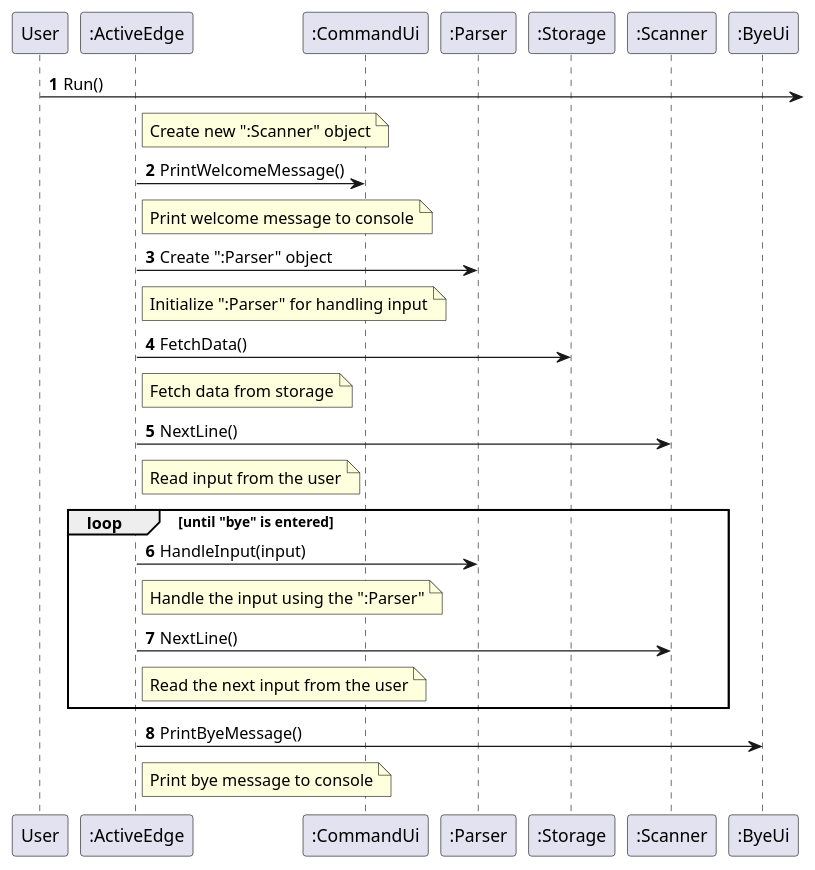
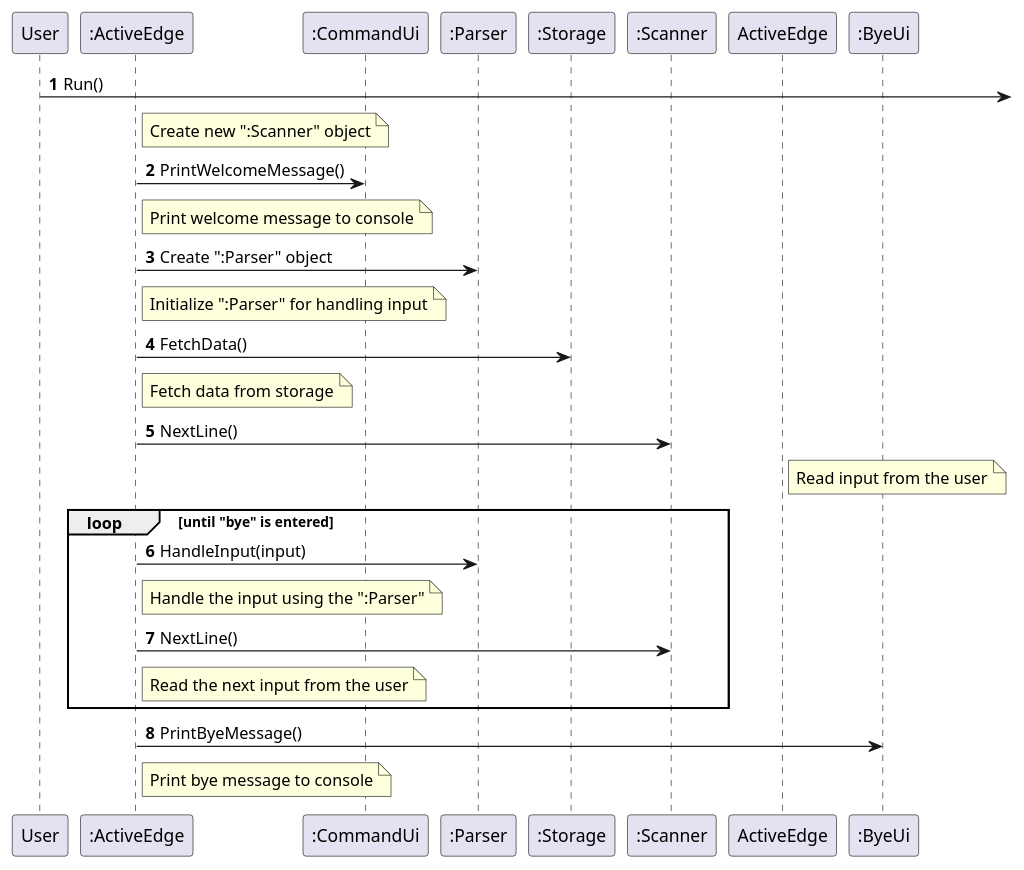
The diagram in docs/UML diagrams/Main.puml (AY2324S2-CS2113-W12-2/tp), drawn with PlantUML before and after one commit. The commit also changed 2 other files, not shown here.

```diff
--- a/docs/UML diagrams/Main.puml
+++ b/docs/UML diagrams/Main.puml
@@ -1,40 +1,40 @@
 @startuml
 'https://plantuml.com/sequence-diagram
 
 autonumber
 User -> : Run()
 note right of ":ActiveEdge"
     Create new ":Scanner" object
 end note
 ":ActiveEdge" -> ":CommandUi": PrintWelcomeMessage()
 note right of ":ActiveEdge"
     Print welcome message to console
 end note
 ":ActiveEdge" -> ":Parser": Create ":Parser" object
 note right of ":ActiveEdge"
     Initialize ":Parser" for handling input
 end note
 ":ActiveEdge" -> ":Storage": FetchData()
 note right of ":ActiveEdge"
     Fetch data from storage
 end note
 ":ActiveEdge" -> ":Scanner": NextLine()
-note right of ":ActiveEdge"
+note right of "ActiveEdge"
     Read input from the user
 end note
 loop until "bye" is entered
     ":ActiveEdge" -> ":Parser": HandleInput(input)
     note right of ":ActiveEdge"
         Handle the input using the ":Parser"
     end note
     ":ActiveEdge" -> ":Scanner": NextLine()
     note right of ":ActiveEdge"
         Read the next input from the user
     end note
 end loop
 ":ActiveEdge" -> ":ByeUi": PrintByeMessage()
 note right of ":ActiveEdge"
     Print bye message to console
 end note
 
 @enduml
```
